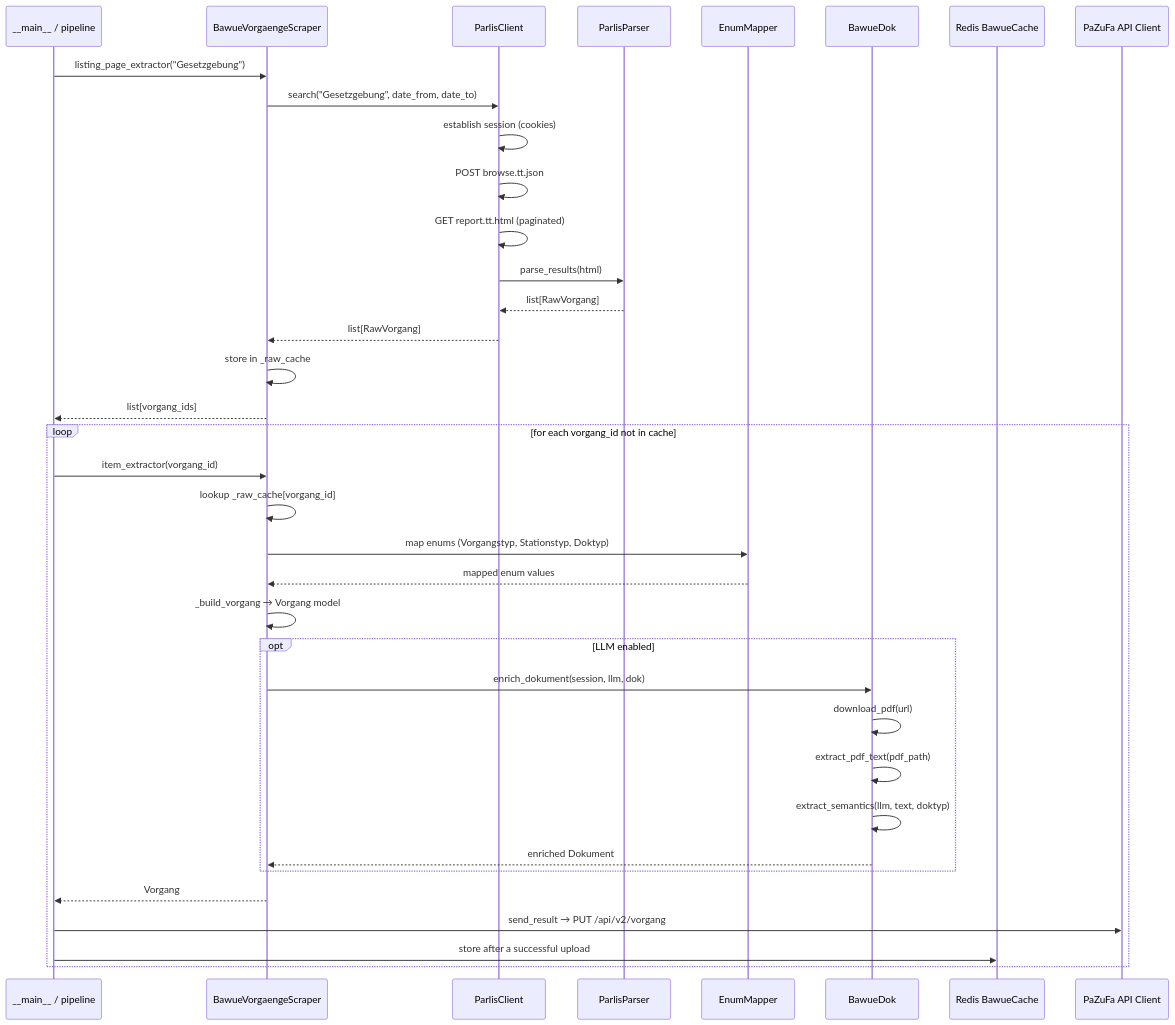
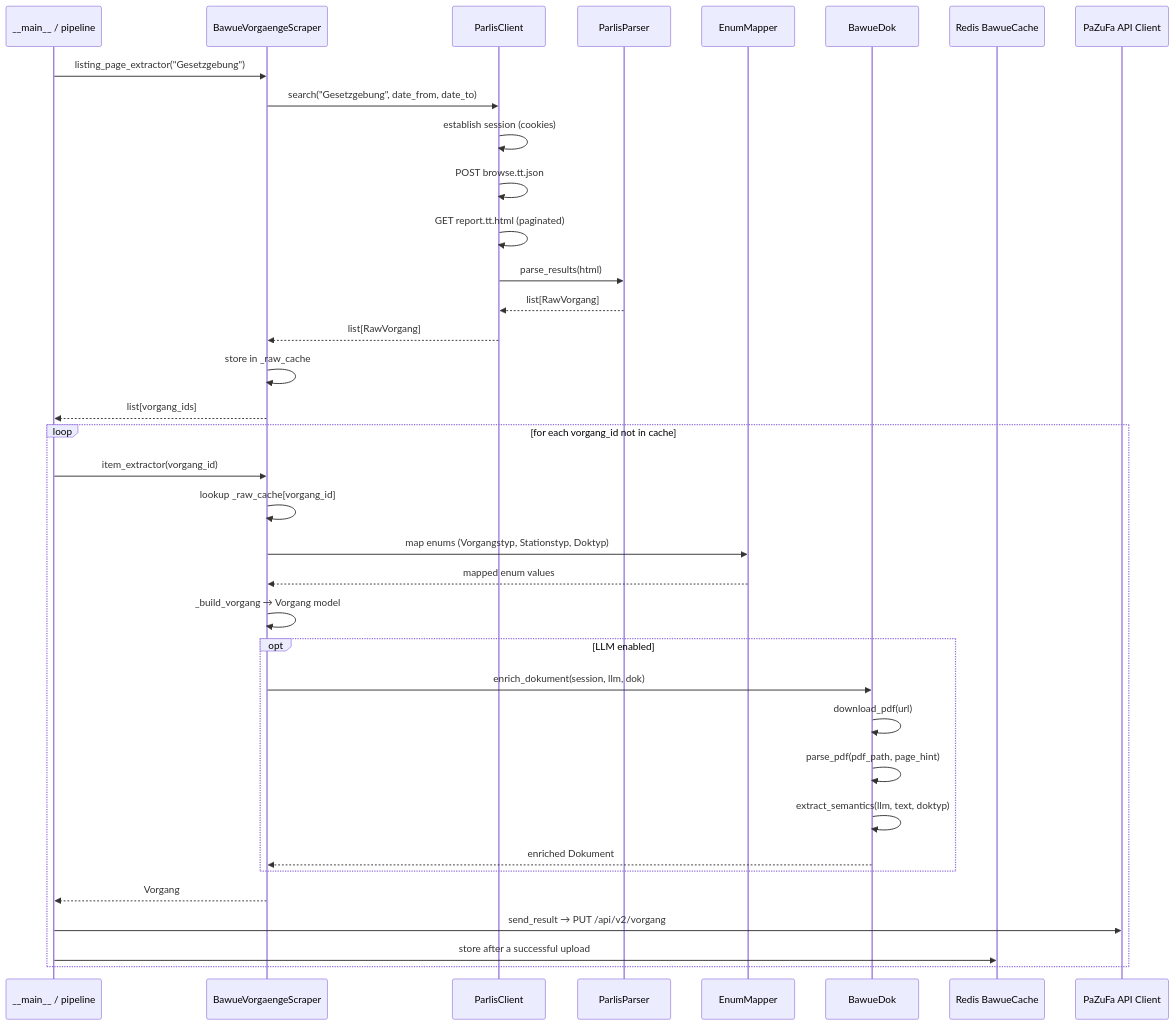
One commit to Parlamentszusammenfasser/pazufa-scraper-bw changed the fourth of 4 diagrams in docs/architecture.md. Above: the diagram before and after it, drawn with Mermaid. The commit also changed other lines of this file and 13 other files, not shown here.

````diff
--- a/docs/architecture.md
+++ b/docs/architecture.md
@@ -309,43 +311,43 @@
 ```mermaid
 sequenceDiagram
     participant FW as __main__ / pipeline
     participant BVS as BawueVorgaengeScraper
     participant PC as ParlisClient
     participant PP as ParlisParser
     participant EM as EnumMapper
     participant BDK as BawueDok
     participant Cache as Redis BawueCache
     participant API as PaZuFa API Client
 
     FW->>BVS: listing_page_extractor("Gesetzgebung")
     BVS->>PC: search("Gesetzgebung", date_from, date_to)
     PC->>PC: establish session (cookies)
     PC->>PC: POST browse.tt.json
     PC->>PC: GET report.tt.html (paginated)
     PC->>PP: parse_results(html)
     PP-->>PC: list[RawVorgang]
     PC-->>BVS: list[RawVorgang]
     BVS->>BVS: store in _raw_cache
     BVS-->>FW: list[vorgang_ids]
 
     loop for each vorgang_id not in cache
         FW->>BVS: item_extractor(vorgang_id)
         BVS->>BVS: lookup _raw_cache[vorgang_id]
         BVS->>EM: map enums (Vorgangstyp, Stationstyp, Doktyp)
         EM-->>BVS: mapped enum values
         BVS->>BVS: _build_vorgang → Vorgang model
 
         opt LLM enabled
             BVS->>BDK: enrich_dokument(session, llm, dok)
             BDK->>BDK: download_pdf(url)
-            BDK->>BDK: extract_pdf_text(pdf_path)
+            BDK->>BDK: parse_pdf(pdf_path, page_hint)
             BDK->>BDK: extract_semantics(llm, text, doktyp)
             BDK-->>BVS: enriched Dokument
         end
 
         BVS-->>FW: Vorgang
 
         FW->>API: send_result → PUT /api/v2/vorgang
         FW->>Cache: store after a successful upload
     end
 ```
````
